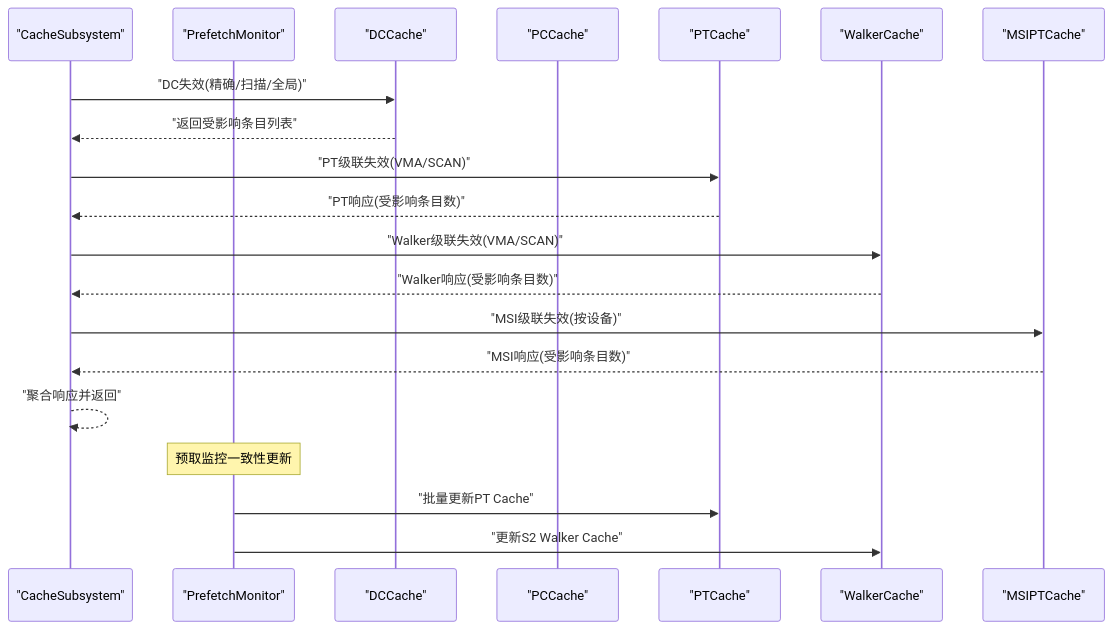
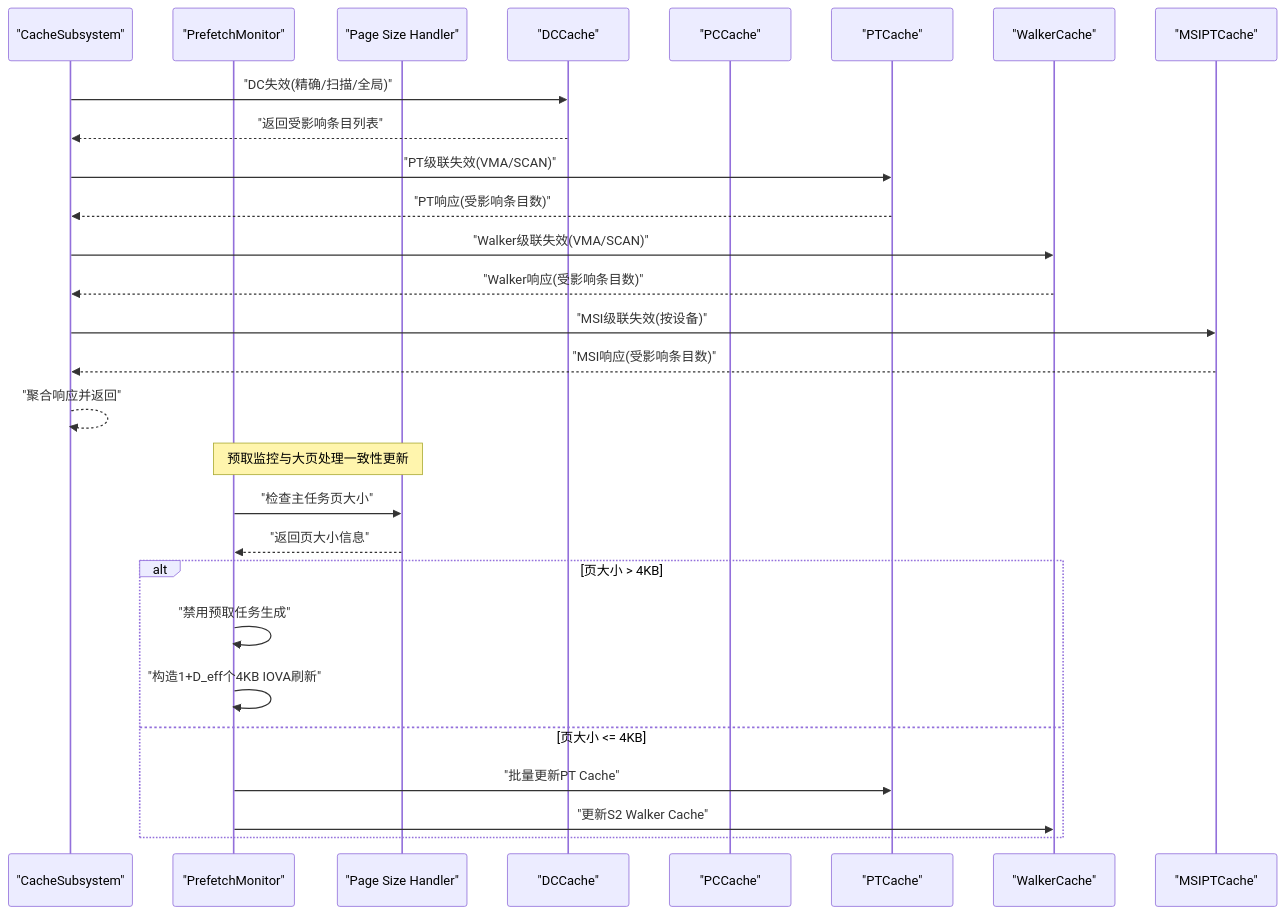
One commit to jiangjiang1122/iommu_model_20260401_v1 changed the tenth of 11 diagrams in .qoder/repowiki/zh/content/缓存系统/缓存系统.md. Above: the diagram before and after it, drawn with Mermaid. The commit also changed other lines of this file and 186 other files, not shown here.

````diff
--- a/.qoder/repowiki/zh/content/缓存系统/缓存系统.md
+++ b/.qoder/repowiki/zh/content/缓存系统/缓存系统.md
@@ -449,22 +471,30 @@
 ```mermaid
 sequenceDiagram
 participant CS as "CacheSubsystem"
 participant PM as "PrefetchMonitor"
+participant PG as "Page Size Handler"
 participant DC as "DCCache"
 participant PC as "PCCache"
 participant PT as "PTCache"
 participant WC as "WalkerCache"
 participant MSI as "MSIPTCache"
 CS->>DC : "DC失效(精确/扫描/全局)"
 DC-->>CS : "返回受影响条目列表"
 CS->>PT : "PT级联失效(VMA/SCAN)"
 PT-->>CS : "PT响应(受影响条目数)"
 CS->>WC : "Walker级联失效(VMA/SCAN)"
 WC-->>CS : "Walker响应(受影响条目数)"
 CS->>MSI : "MSI级联失效(按设备)"
 MSI-->>CS : "MSI响应(受影响条目数)"
 CS-->>CS : "聚合响应并返回"
-Note over PM : 预取监控一致性更新
+Note over PM,PG : 预取监控与大页处理一致性更新
+PM->>PG : "检查主任务页大小"
+PG-->>PM : "返回页大小信息"
+alt 页大小 > 4KB
+PM->>PM : "禁用预取任务生成"
+PM->>PM : "构造1+D_eff个4KB IOVA刷新"
+else 页大小 <= 4KB
 PM->>PT : "批量更新PT Cache"
 PM->>WC : "更新S2 Walker Cache"
+end
 ```
````
